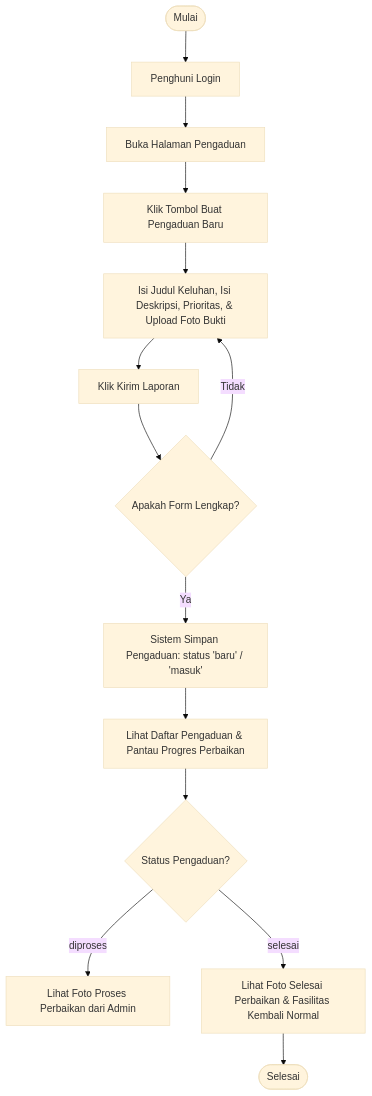
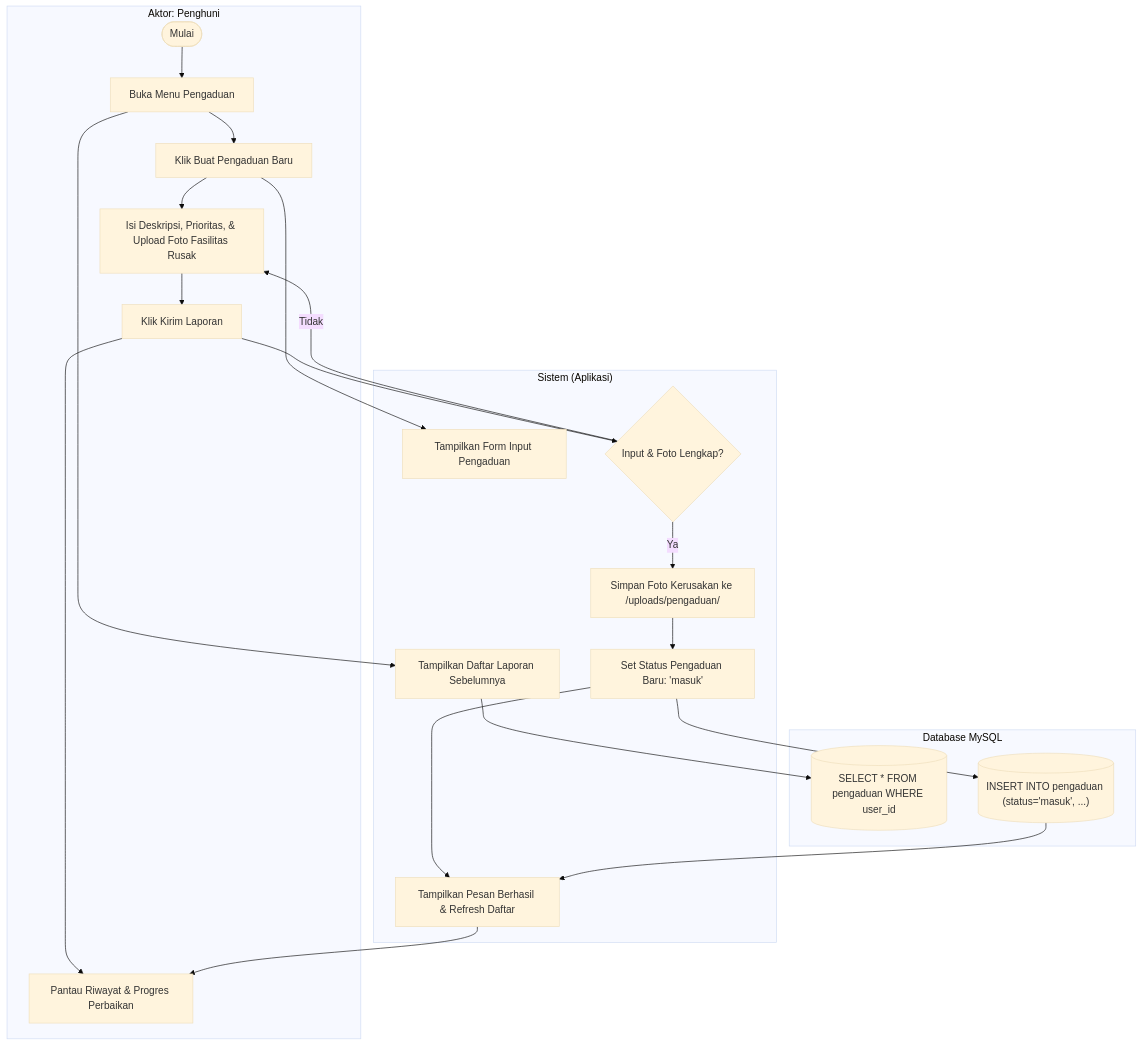
The sixth of 10 diagrams in activity_diagrams.md (Raflysaputra20/EL-MISARAH), drawn with Mermaid (base theme) before and after one commit. The commit also changed other lines of this file and 2 other files, not shown here.

````diff
--- a/activity_diagrams.md
+++ b/activity_diagrams.md
@@ -175,20 +263,28 @@
 ```mermaid
-flowchart TD
-    Start([Mulai]) --> LoginPenghuni[Penghuni Login]
-    LoginPenghuni --> MenuPengaduan[Buka Halaman Pengaduan]
-    MenuPengaduan --> BuatAduan[Klik Tombol Buat Pengaduan Baru]
+flowchart TB
+    subgraph Aktor ["Aktor: Penghuni"]
+        Start2_2([Mulai]) --> BukaAduan2_2[Buka Menu Pengaduan]
+        BukaAduan2_2 --> KlikBuat2_2[Klik Buat Pengaduan Baru]
+        KlikBuat2_2 --> IsiForm2_2[Isi Deskripsi, Prioritas, & Upload Foto Fasilitas Rusak]
+        IsiForm2_2 --> KlikKirim2_2[Klik Kirim Laporan]
+        KlikKirim2_2 --> PantauRiwayat2_2[Pantau Riwayat & Progres Perbaikan]
+    end
     
-    BuatAduan --> IsiFormAduan[Isi Judul Keluhan, Isi Deskripsi, Prioritas, & Upload Foto Bukti]
-    IsiFormAduan --> SubmitAduan[Klik Kirim Laporan]
-    SubmitAduan --> ValidasiForm{Apakah Form Lengkap?}
-    ValidasiForm -- Tidak --> IsiFormAduan
+    subgraph Sistem ["Sistem (Aplikasi)"]
+        BukaAduan2_2 --> TampilkanDaftar2_2[Tampilkan Daftar Laporan Sebelumnya]
+        KlikBuat2_2 --> TampilkanForm2_2[Tampilkan Form Input Pengaduan]
+        KlikKirim2_2 --> ValidasiInput2_2{Input & Foto Lengkap?}
+        ValidasiInput2_2 -- Tidak --> IsiForm2_2
+        ValidasiInput2_2 -- Ya --> UploadFoto2_2[Simpan Foto Kerusakan ke /uploads/pengaduan/]
+        UploadFoto2_2 --> SimpanAduan2_2[Set Status Pengaduan Baru: 'masuk']
+        SimpanAduan2_2 --> SuksesKirim2_2[Tampilkan Pesan Berhasil & Refresh Daftar]
+        SuksesKirim2_2 --> PantauRiwayat2_2
+    end
     
-    ValidasiForm -- Ya --> SimpanAduan[Sistem Simpan Pengaduan: status 'baru' / 'masuk']
-    SimpanAduan --> RiwayatAduan[Lihat Daftar Pengaduan & Pantau Progres Perbaikan]
-    
-    %% Alur Progres
-    RiwayatAduan --> CekStatus{Status Pengaduan?}
-    CekStatus -- diproses --> LihatFotoProses[Lihat Foto Proses Perbaikan dari Admin]
-    CekStatus -- selesai --> LihatFotoSelesai[Lihat Foto Selesai Perbaikan & Fasilitas Kembali Normal]
-    LihatFotoSelesai --> End([Selesai])
+    subgraph Database ["Database MySQL"]
+        TampilkanDaftar2_2 --> QueryRiwayat2_2[("SELECT * FROM pengaduan WHERE user_id")]
+        SimpanAduan2_2 --> DBInsertAduan2_2[("INSERT INTO pengaduan (status='masuk', ...)")]
+        
+        DBInsertAduan2_2 --> SuksesKirim2_2
+    end
 ```
````
